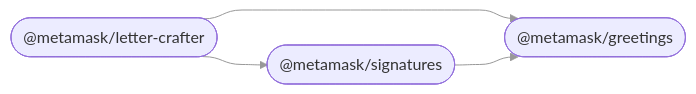
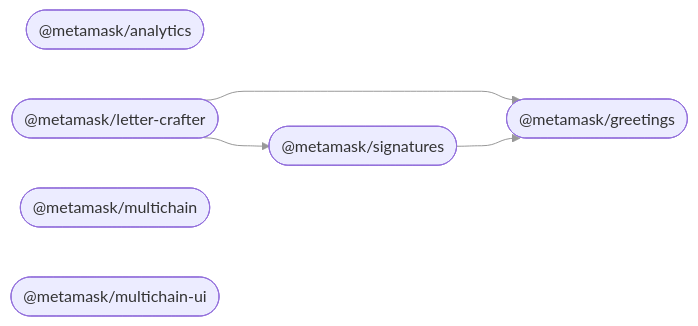
One commit to MetaMask/connect-monorepo changed the diagram in README.md. Above: the diagram before and after it, drawn with Mermaid. The commit also changed other lines of this file and 142 other files, not shown here.

Commit message:
feat: scaffold multichain multichain-ui and analytics repo

````diff
--- a/README.md
+++ b/README.md
@@ -46,11 +49,14 @@
 ```mermaid
 %%{ init: { 'flowchart': { 'curve': 'bumpX' } } }%%
 graph LR;
 linkStyle default opacity:0.5
+  analytics(["@metamask/analytics"]);
   greetings(["@metamask/greetings"]);
   letter_crafter(["@metamask/letter-crafter"]);
+  multichain(["@metamask/multichain"]);
+  multichain_ui(["@metamask/multichain-ui"]);
   signatures(["@metamask/signatures"]);
   letter_crafter --> greetings;
   letter_crafter --> signatures;
   signatures --> greetings;
 ```
````
